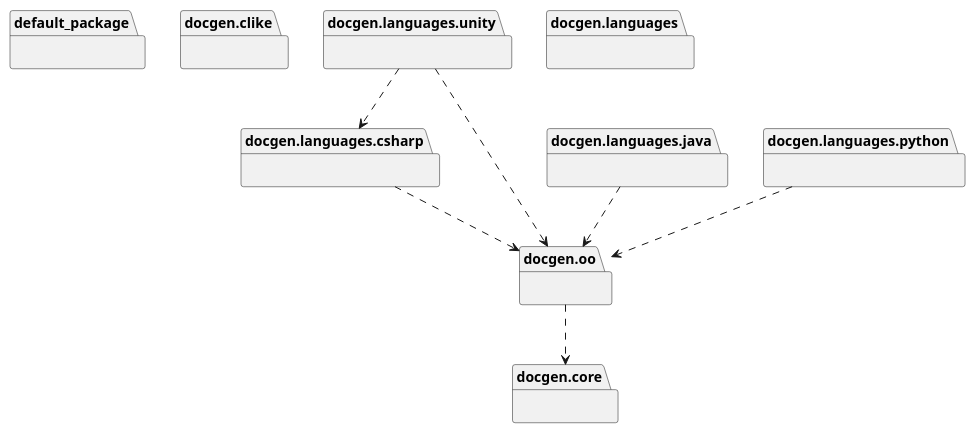
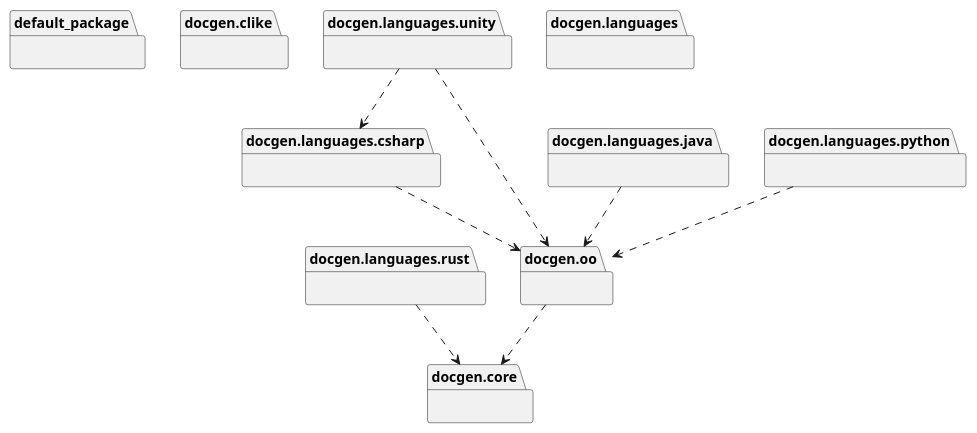
Before and after one commit to Boulede987/DocGeneration: the diagram in docs/Modelisation/Packages/_overview.puml, drawn with PlantUML. The commit also changed 132 other files, not shown here.

First line of the commit message:
feat(rust): generate class diagrams from Rust crates

```diff
--- a/docs/Modelisation/Packages/_overview.puml
+++ b/docs/Modelisation/Packages/_overview.puml
@@ -1,61 +1,64 @@
 @startuml _overview
 
 skinparam classAttributeIconSize 0
 skinparam shadowing false
 
 skinparam class {
   BackgroundColor<<interface>> #D6EAF8
   BorderColor<<interface>> #2E86C1
 }
 skinparam class {
   BackgroundColor<<abstract>> #E8DAEF
   BorderColor<<abstract>> #8E44AD
 }
 skinparam class {
   BackgroundColor #D5F5E3
   BorderColor #27AE60
 }
 skinparam class {
   BackgroundColor<<dataclass>> #FCF3CF
   BorderColor<<dataclass>> #B7950B
 }
 skinparam class {
   BackgroundColor<<module>> #DDEBF7
   BorderColor<<module>> #4A6FA5
 }
 skinparam class {
   BackgroundColor<<static>> #a7faa0
   BorderColor<<static>> #38d610
 }
 skinparam class {
   BackgroundColor<<enum>> #F5B7B1
   BorderColor<<enum>> #C0392B
 }
 
 package "default_package" as default_package [[default_package.svg]] {
 }
 package "docgen.clike" as docgen_clike [[clike.svg]] {
 }
 package "docgen.core" as docgen_core [[core.svg]] {
 }
 package "docgen.languages" as docgen_languages [[languages.svg]] {
 }
 package "docgen.languages.csharp" as docgen_languages_csharp [[csharp.svg]] {
 }
 package "docgen.languages.java" as docgen_languages_java [[java.svg]] {
 }
 package "docgen.languages.python" as docgen_languages_python [[python.svg]] {
 }
+package "docgen.languages.rust" as docgen_languages_rust [[rust.svg]] {
+}
 package "docgen.languages.unity" as docgen_languages_unity [[unity.svg]] {
 }
 package "docgen.oo" as docgen_oo [[oo.svg]] {
 }
 
 docgen_languages_csharp ..> docgen_oo
 docgen_languages_java ..> docgen_oo
 docgen_languages_python ..> docgen_oo
+docgen_languages_rust ..> docgen_core
 docgen_languages_unity ..> docgen_languages_csharp
 docgen_languages_unity ..> docgen_oo
 docgen_oo ..> docgen_core
 
 @enduml
```
